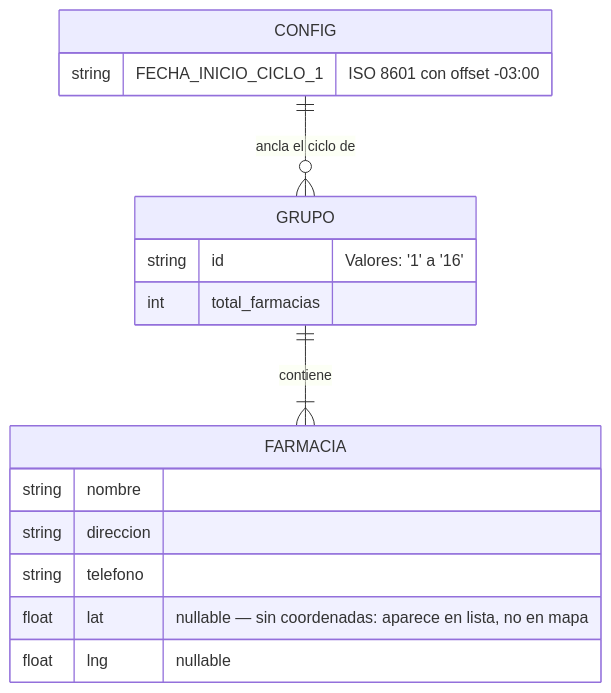
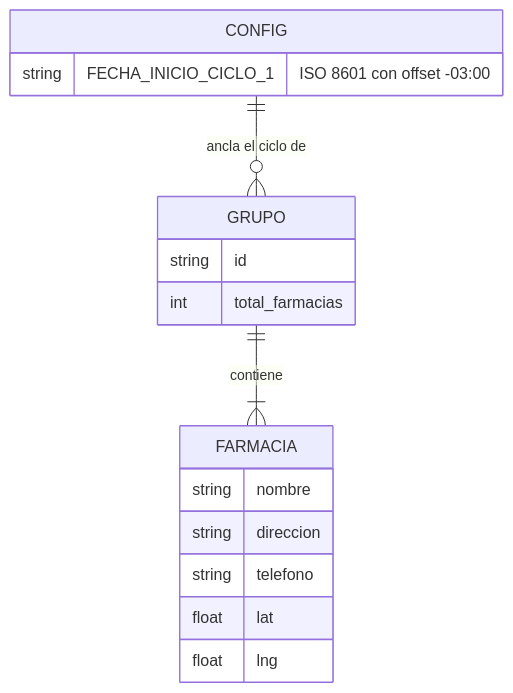
One commit to psbella/farmaciasmdp changed the third of 4 diagrams in README.md. Above: the diagram before and after it, drawn with Mermaid. The commit also changed other lines of this file, not shown here.

````diff
--- a/README.md
+++ b/README.md
@@ -216,22 +171,22 @@
 ```mermaid
 erDiagram
     CONFIG {
         string FECHA_INICIO_CICLO_1 "ISO 8601 con offset -03:00"
     }
 
     GRUPO {
-        string id "Valores: '1' a '16'"
+        string id
         int total_farmacias
     }
 
     FARMACIA {
         string nombre
         string direccion
         string telefono
-        float  lat "nullable — sin coordenadas: aparece en lista, no en mapa"
-        float  lng "nullable"
+        float lat
+        float lng
     }
 
     CONFIG ||--o{ GRUPO : "ancla el ciclo de"
     GRUPO  ||--|{ FARMACIA : "contiene"
 ```
````
